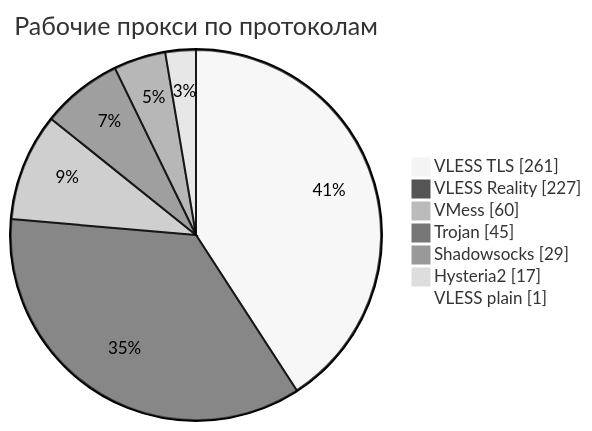
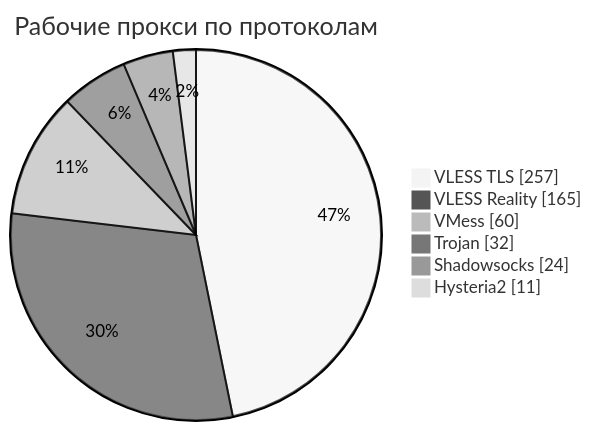
Before and after one commit to rvvg/proxy-subs: the third of 4 diagrams in README.md, drawn with Mermaid (neutral theme). The commit also changed other lines of this file and 45 other files, not shown here.

````diff
--- a/README.md
+++ b/README.md
@@ -135,11 +132,10 @@
 ```mermaid
 pie showData
     title Рабочие прокси по протоколам
-    "VLESS TLS" : 261
-    "VLESS Reality" : 227
+    "VLESS TLS" : 257
+    "VLESS Reality" : 165
     "VMess" : 60
-    "Trojan" : 45
-    "Shadowsocks" : 29
-    "Hysteria2" : 17
-    "VLESS plain" : 1
+    "Trojan" : 32
+    "Shadowsocks" : 24
+    "Hysteria2" : 11
 ```
````
